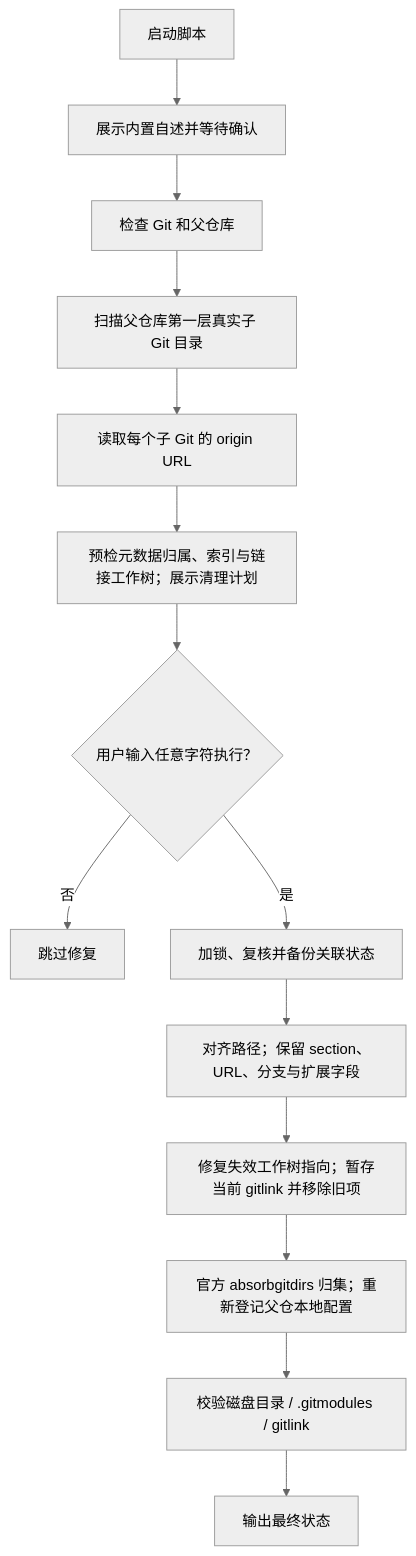
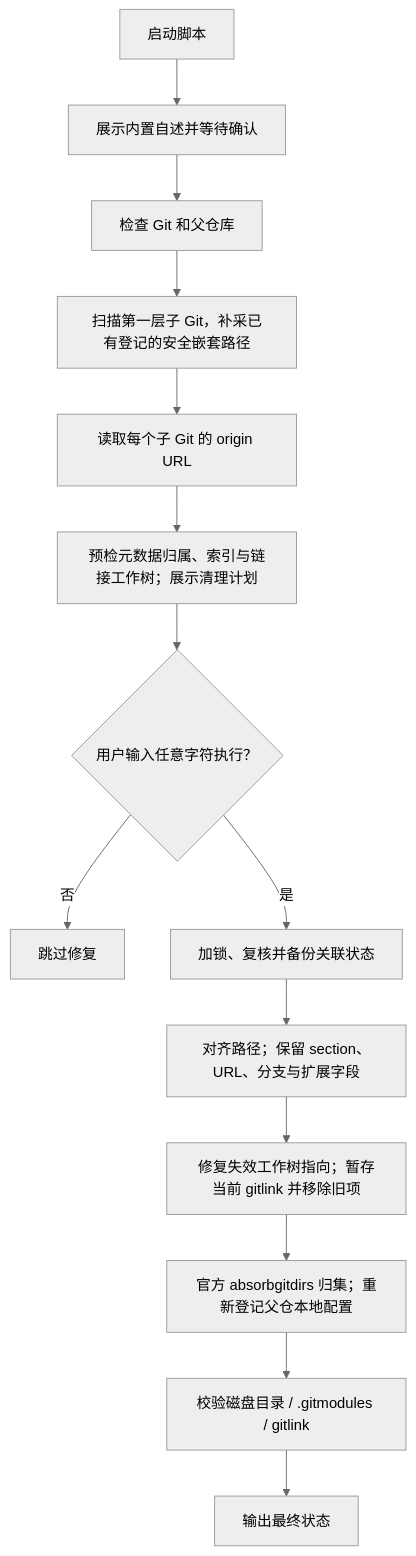
One commit to JobsKits/JobsCommand-Gits changed the diagram in 【MacOS】🧭更新引用Git父仓=>子仓.command/README.md. Above: the diagram before and after it, drawn with Mermaid (neutral theme). The commit also changed other lines of this file and 8 other files, not shown here.

````diff
--- a/【MacOS】🧭更新引用Git父仓=>子仓.command/README.md
+++ b/【MacOS】🧭更新引用Git父仓=>子仓.command/README.md
@@ -129,16 +139,16 @@
 ```mermaid
 flowchart TD
   A["启动脚本"] --> B["展示内置自述并等待确认"]
   B --> C["检查 Git 和父仓库"]
-  C --> D["扫描父仓库第一层真实子 Git 目录"]
+  C --> D["扫描第一层子 Git，补采已有登记的安全嵌套路径"]
   D --> E["读取每个子 Git 的 origin URL"]
   E --> F["预检元数据归属、索引与链接工作树；展示清理计划"]
   F --> G{"用户输入任意字符执行？"}
   G -->|否| H["跳过修复"]
   G -->|是| I["加锁、复核并备份关联状态"]
   I --> J["对齐路径；保留 section、URL、分支与扩展字段"]
   J --> K["修复失效工作树指向；暂存当前 gitlink 并移除旧项"]
   K --> L["官方 absorbgitdirs 归集；重新登记父仓本地配置"]
   L --> M["校验磁盘目录 / .gitmodules / gitlink"]
   M --> N["输出最终状态"]
 ```
````
